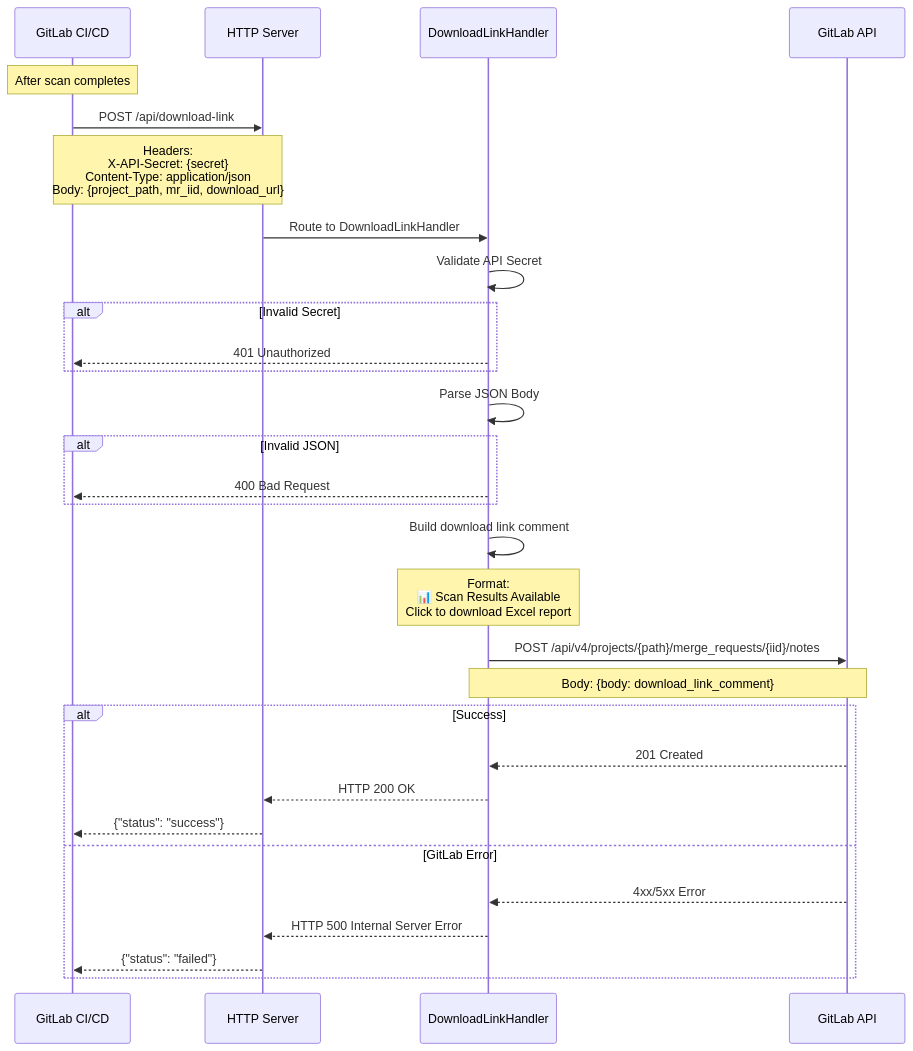
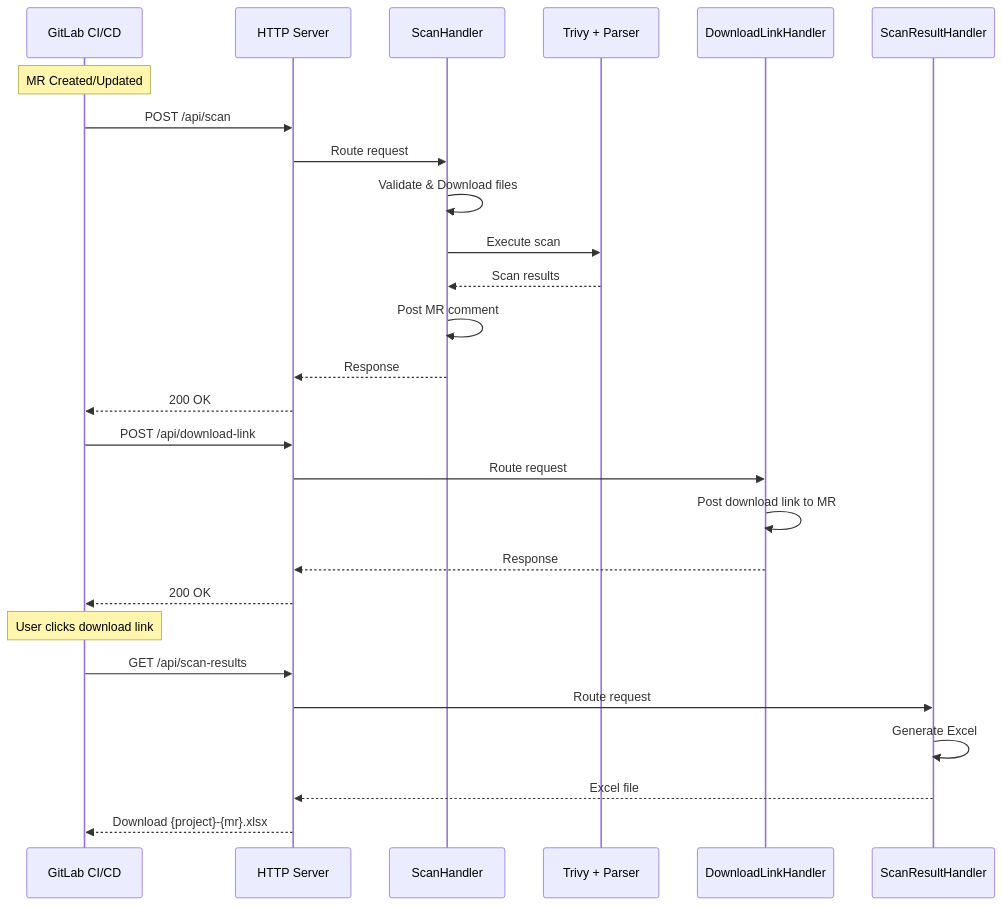
Before and after one commit to 2000junghyun/iac-sast-security-pipeline: the first of 2 diagrams in docs/SEQUENCE_DIAGRAM.md, drawn with Mermaid. The commit also changed other lines of this file, not shown here.

Commit message:
Update sequence diagram

````diff
--- a/docs/SEQUENCE_DIAGRAM.md
+++ b/docs/SEQUENCE_DIAGRAM.md
@@ -114,39 +5,33 @@
 ```mermaid
 sequenceDiagram
     participant CI as GitLab CI/CD
-    participant API as HTTP Server
-    participant Handler as DownloadLinkHandler
-    participant GitLab as GitLab API
+    participant Server as HTTP Server
+    participant ScanHandler as ScanHandler
+    participant Binaries as Trivy + Parser
+    participant LinkHandler as DownloadLinkHandler
+    participant ResultHandler as ScanResultHandler
 
-    Note over CI: After scan completes
-    CI->>API: POST /api/download-link
-    Note over CI,API: Headers:<br/>X-API-Secret: {secret}<br/>Content-Type: application/json<br/>Body: {project_path, mr_iid, download_url}
+    Note over CI: MR Created/Updated
+    CI->>Server: POST /api/scan
+    Server->>ScanHandler: Route request
     
-    API->>Handler: Route to DownloadLinkHandler
+    ScanHandler->>ScanHandler: Validate & Download files
+    ScanHandler->>Binaries: Execute scan
+    Binaries-->>ScanHandler: Scan results
+    ScanHandler->>ScanHandler: Post MR comment
+    ScanHandler-->>Server: Response
+    Server-->>CI: 200 OK
     
-    Handler->>Handler: Validate API Secret
-    alt Invalid Secret
-        Handler-->>CI: 401 Unauthorized
-    end
+    CI->>Server: POST /api/download-link
+    Server->>LinkHandler: Route request
+    LinkHandler->>LinkHandler: Post download link to MR
+    LinkHandler-->>Server: Response
+    Server-->>CI: 200 OK
     
-    Handler->>Handler: Parse JSON Body
-    alt Invalid JSON
-        Handler-->>CI: 400 Bad Request
-    end
-    
-    Handler->>Handler: Build download link comment
-    Note over Handler: Format:<br/>📊 Scan Results Available<br/>Click to download Excel report
-    
-    Handler->>GitLab: POST /api/v4/projects/{path}/merge_requests/{iid}/notes
-    Note over Handler,GitLab: Body: {body: download_link_comment}
-    
-    alt Success
-        GitLab-->>Handler: 201 Created
-        Handler-->>API: HTTP 200 OK
-        API-->>CI: {"status": "success"}
-    else GitLab Error
-        GitLab-->>Handler: 4xx/5xx Error
-        Handler-->>API: HTTP 500 Internal Server Error
-        API-->>CI: {"status": "failed"}
-    end
+    Note over CI: User clicks download link
+    CI->>Server: GET /api/scan-results
+    Server->>ResultHandler: Route request
+    ResultHandler->>ResultHandler: Generate Excel
+    ResultHandler-->>Server: Excel file
+    Server-->>CI: Download {project}-{mr}.xlsx
 ```
````
